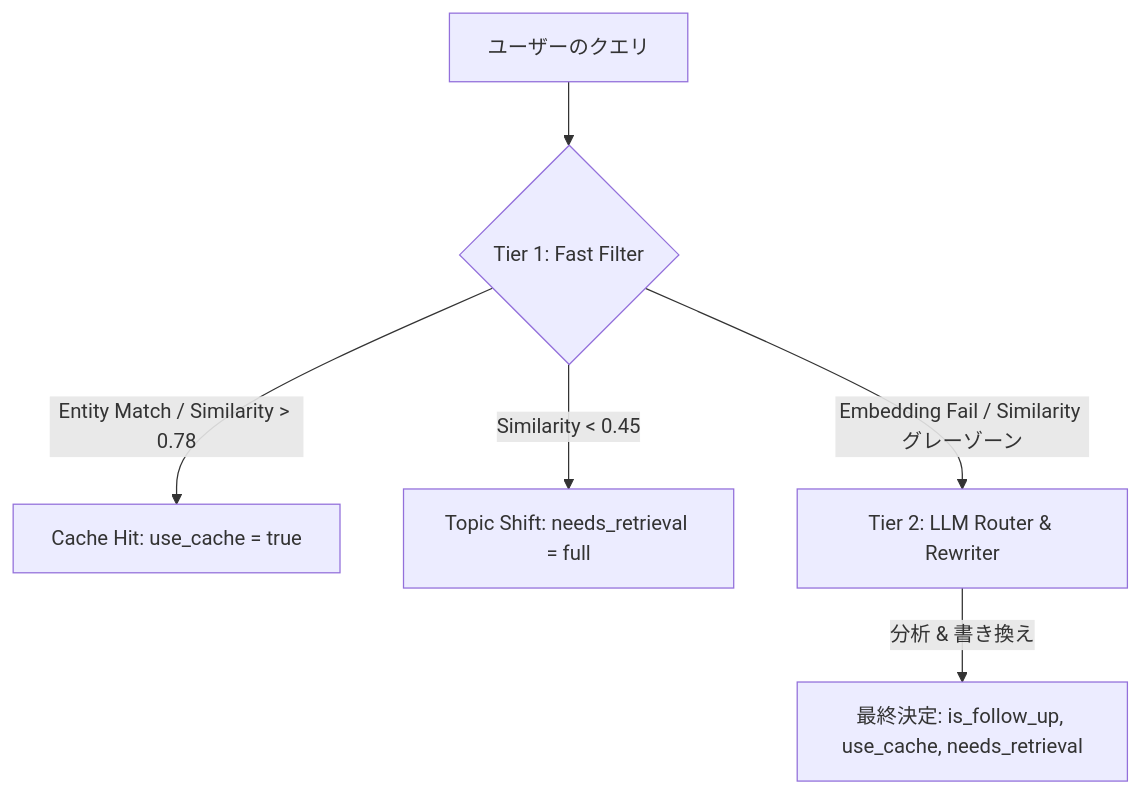
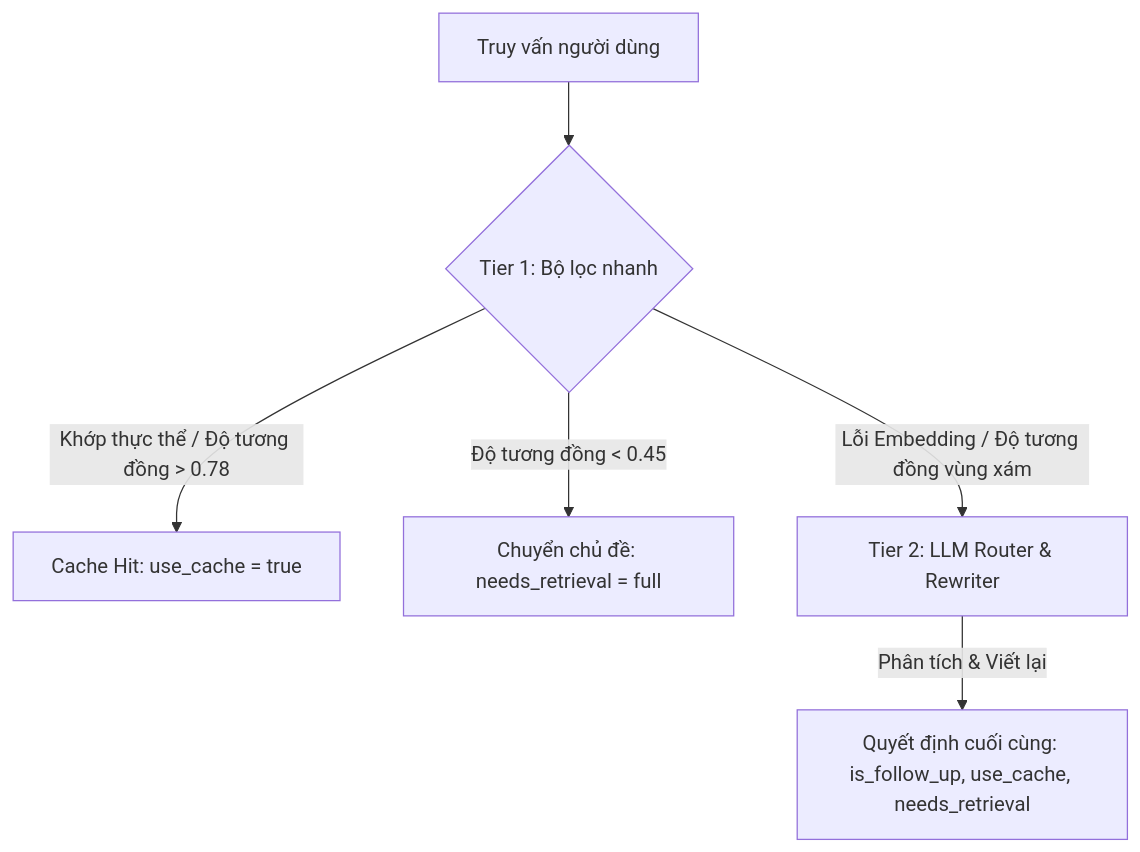
Before and after one commit to TCTri205/Tro-li-ao-Javis: the diagram in multi-turn-context-manager/docs/context_management_rules.md, drawn with Mermaid. The commit also changed other lines of this file and 7 other files, not shown here.

````diff
--- a/multi-turn-context-manager/docs/context_management_rules.md
+++ b/multi-turn-context-manager/docs/context_management_rules.md
@@ -7,9 +7,9 @@
 ```mermaid
 graph TD
-    Query[ユーザーのクエリ] --> Tier1{Tier 1: Fast Filter}
-    Tier1 -->|Entity Match / Similarity > 0.78| CacheHit[Cache Hit: use_cache = true]
-    Tier1 -->|Similarity < 0.45| TopicShift[Topic Shift: needs_retrieval = full]
-    Tier1 -->|Embedding Fail / Similarity グレーゾーン| Tier2[Tier 2: LLM Router & Rewriter]
+    Query[Truy vấn người dùng] --> Tier1{Tier 1: Bộ lọc nhanh}
+    Tier1 -->|Khớp thực thể / Độ tương đồng > 0.78| CacheHit[Cache Hit: use_cache = true]
+    Tier1 -->|Độ tương đồng < 0.45| TopicShift[Chuyển chủ đề: needs_retrieval = full]
+    Tier1 -->|Lỗi Embedding / Độ tương đồng vùng xám| Tier2[Tier 2: LLM Router & Rewriter]
     
-    Tier2 -->|分析 & 書き換え| Decision[最終決定: is_follow_up, use_cache, needs_retrieval]
+    Tier2 -->|Phân tích & Viết lại| Decision[Quyết định cuối cùng: is_follow_up, use_cache, needs_retrieval]
 ```
````
